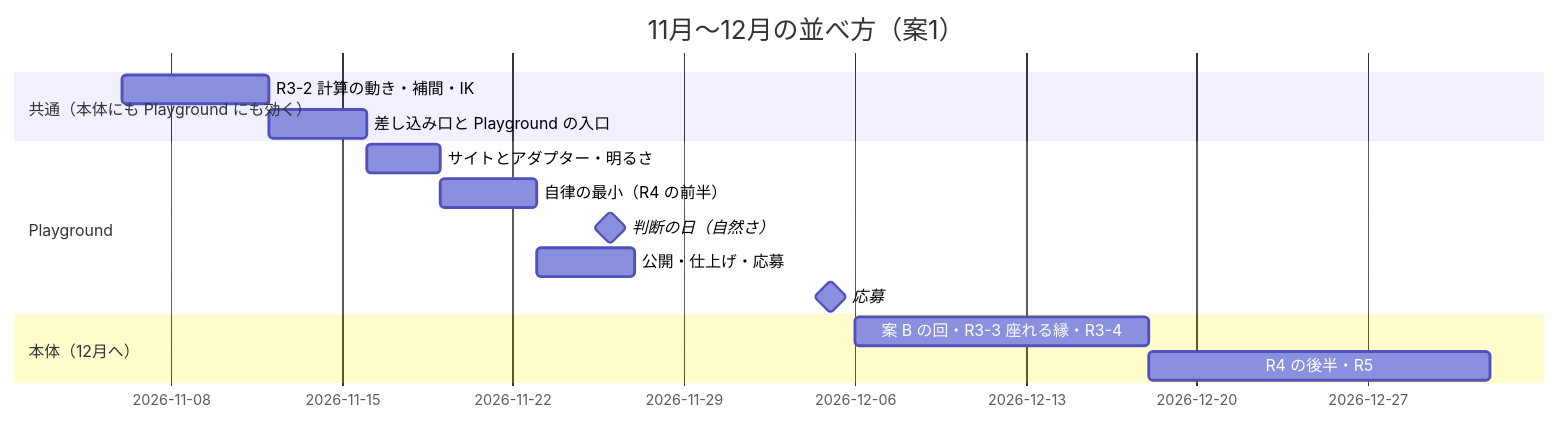
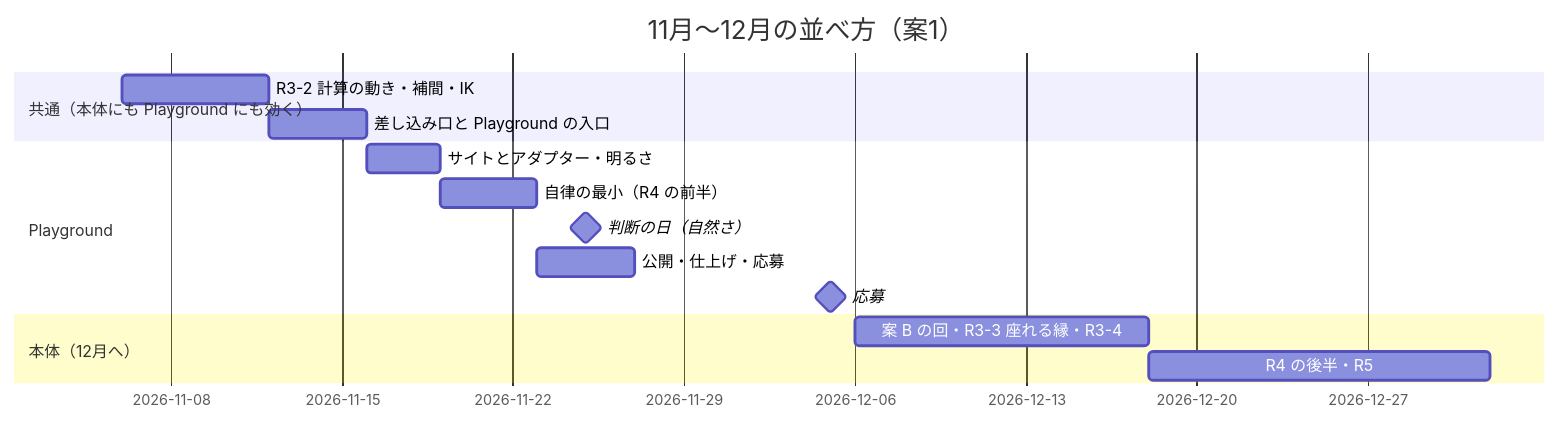
The diagram in docs/playground-plan.md (a3681299-png/around), drawn with Mermaid before and after one commit. The commit also changed other lines of this file and 2 other files, not shown here.

````diff
--- a/docs/playground-plan.md
+++ b/docs/playground-plan.md
@@ -123,17 +134,17 @@
 ```mermaid
 gantt
   dateFormat YYYY-MM-DD
   title 11月〜12月の並べ方（案1）
   section 共通（本体にも Playground にも効く）
   R3-2 計算の動き・補間・IK       :a1, 2026-11-06, 6d
   差し込み口と Playground の入口   :a2, after a1, 4d
   section Playground
   サイトとアダプター・明るさ         :b1, after a2, 3d
   自律の最小（R4 の前半）            :b2, after b1, 4d
-  判断の日（自然さ）                 :milestone, m1, 2026-11-26, 0d
+  判断の日（自然さ）                 :milestone, m1, 2026-11-25, 0d
   公開・仕上げ・応募                 :b3, after b2, 4d
   応募                               :milestone, m2, 2026-12-05, 0d
   section 本体（12月へ）
   案 B の回・R3-3 座れる縁・R3-4     :c1, 2026-12-06, 12d
   R4 の後半・R5                       :c2, after c1, 14d
 ```
````
